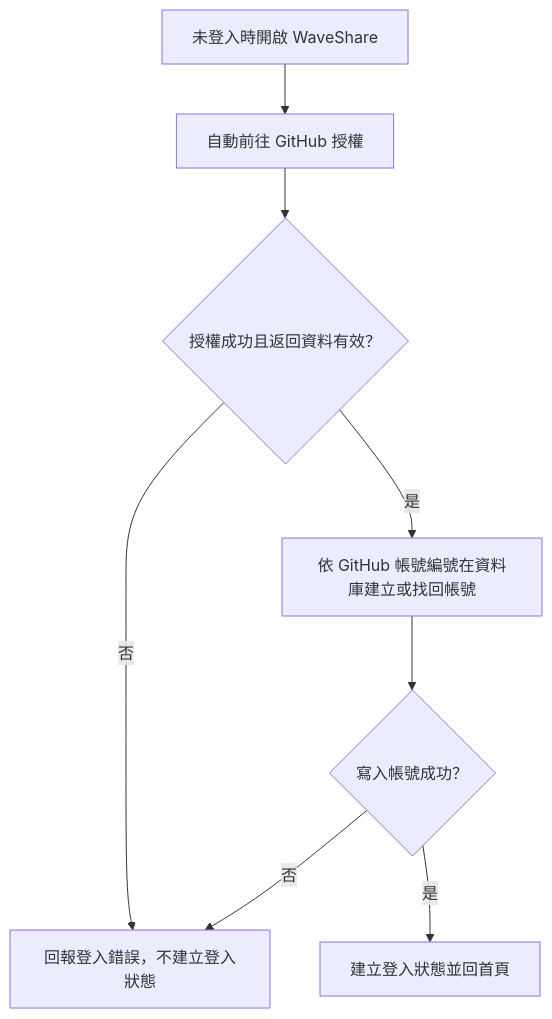
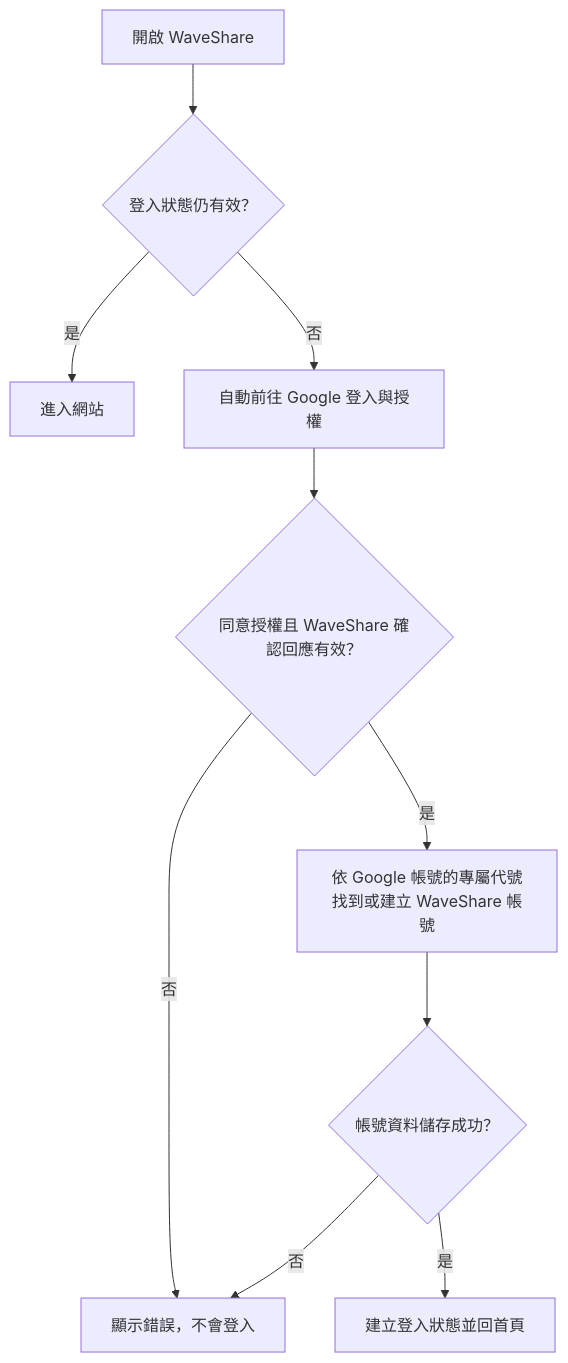
The second of 7 diagrams in docs/flows.md (ChristingChang/waveshare), drawn with Mermaid before and after one commit. The commit also changed other lines of this file and 4 other files, not shown here.

````diff
--- a/docs/flows.md
+++ b/docs/flows.md
@@ -21,10 +21,12 @@
 ```mermaid
 flowchart TD
-    A["未登入時開啟 WaveShare"] --> B["自動前往 GitHub 授權"]
-    B --> C{"授權成功且返回資料有效？"}
-    C -->|否| D["回報登入錯誤，不建立登入狀態"]
-    C -->|是| E["依 GitHub 帳號編號在資料庫建立或找回帳號"]
-    E --> F{"寫入帳號成功？"}
-    F -->|否| D
-    F -->|是| G["建立登入狀態並回首頁"]
+    A["開啟 WaveShare"] --> B{"登入狀態仍有效？"}
+    B -->|是| C["進入網站"]
+    B -->|否| D["自動前往 Google 登入與授權"]
+    D --> E{"同意授權且 WaveShare 確認回應有效？"}
+    E -->|否| F["顯示錯誤，不會登入"]
+    E -->|是| G["依 Google 帳號的專屬代號找到或建立 WaveShare 帳號"]
+    G --> H{"帳號資料儲存成功？"}
+    H -->|否| F
+    H -->|是| I["建立登入狀態並回首頁"]
 ```
````
